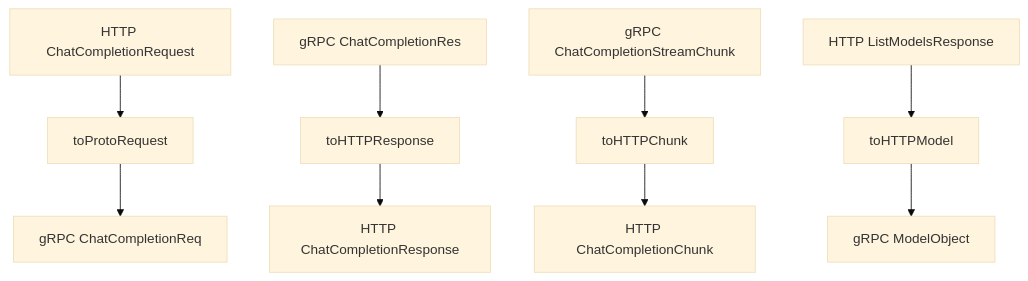
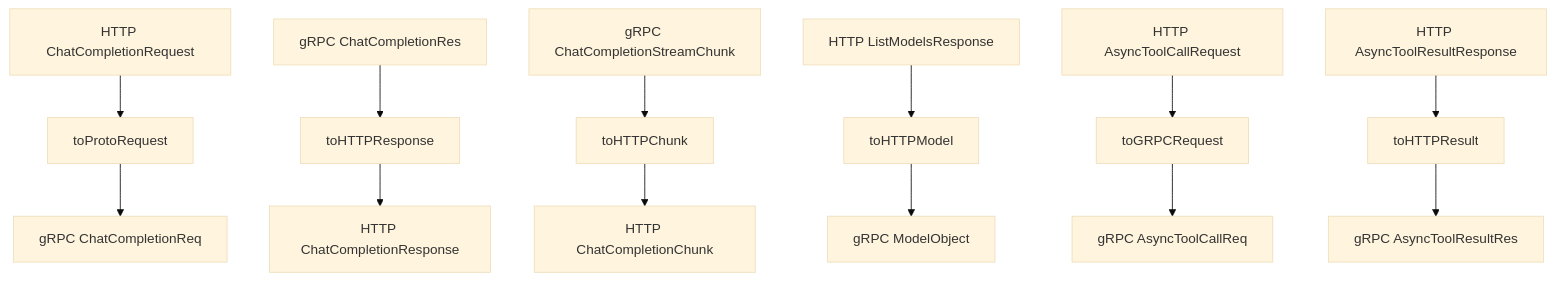
Before and after one commit to maomao94/zero-service: the sixth of 21 diagrams in .qoder/repowiki/zh/content/Aigtw Gateway Service.md, drawn with Mermaid (base theme). The commit also changed other lines of this file and 42 other files, not shown here.

````diff
--- a/.qoder/repowiki/zh/content/Aigtw Gateway Service.md
+++ b/.qoder/repowiki/zh/content/Aigtw Gateway Service.md
@@ -238,11 +312,15 @@
 ```mermaid
 flowchart TD
 A[HTTP ChatCompletionRequest] --> B[toProtoRequest]
 B --> C[gRPC ChatCompletionReq]
 D[gRPC ChatCompletionRes] --> E[toHTTPResponse]
 E --> F[HTTP ChatCompletionResponse]
 G[gRPC ChatCompletionStreamChunk] --> H[toHTTPChunk]
 H --> I[HTTP ChatCompletionChunk]
 J[HTTP ListModelsResponse] --> K[toHTTPModel]
 K --> L[gRPC ModelObject]
+M[HTTP AsyncToolCallRequest] --> N[toGRPCRequest]
+N --> O[gRPC AsyncToolCallReq]
+P[HTTP AsyncToolResultResponse] --> Q[toHTTPResult]
+Q --> R[gRPC AsyncToolResultRes]
 ```
````
